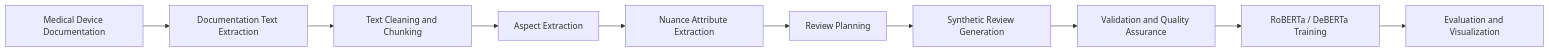
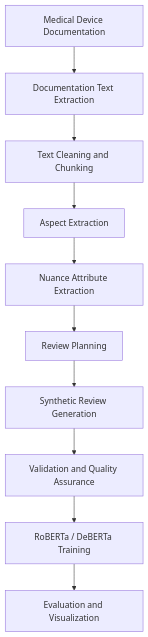
The diagram in README.md (shoham-amira/automated-generation-absa-models-medical-devices), drawn with Mermaid before and after one commit. The commit also changed other lines of this file, not shown here.

````diff
--- a/README.md
+++ b/README.md
@@ -47,12 +48,12 @@
 ```mermaid
-flowchart LR
+flowchart TD
     A[Medical Device Documentation] --> B[Documentation Text Extraction]
     B --> C[Text Cleaning and Chunking]
     C --> D[Aspect Extraction]
     D --> E[Nuance Attribute Extraction]
     E --> F[Review Planning]
     F --> G[Synthetic Review Generation]
     G --> H[Validation and Quality Assurance]
     H --> I[RoBERTa / DeBERTa Training]
     I --> J[Evaluation and Visualization]
 ```
````
